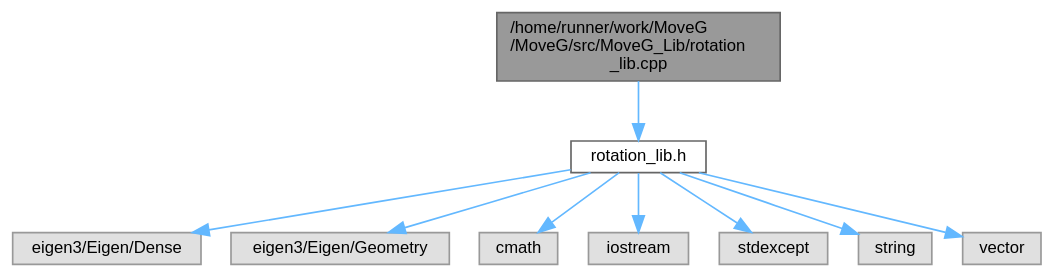
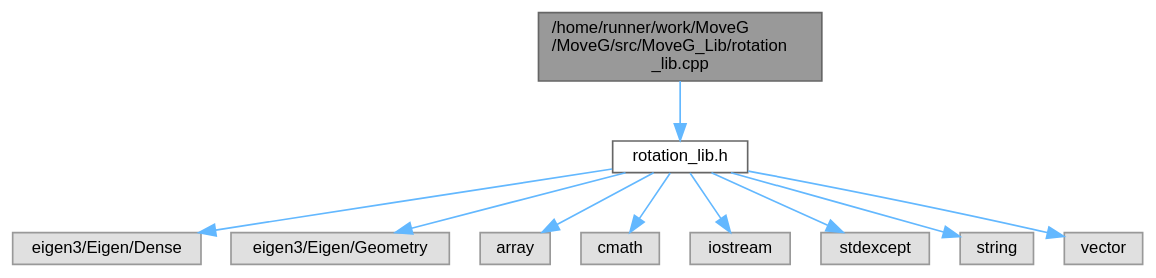
One commit to GiorgioMedico/MoveG changed the diagram in rotation__lib_8cpp__incl.dot. Above: the diagram before and after it, drawn with Graphviz. The commit also changed 35 other files, not shown here.

```diff
--- a/rotation__lib_8cpp__incl.dot
+++ b/rotation__lib_8cpp__incl.dot
@@ -1,24 +1,26 @@
 digraph "/home/runner/work/MoveG/MoveG/src/MoveG_Lib/rotation_lib.cpp"
 {
  // LATEX_PDF_SIZE
   bgcolor="transparent";
   edge [fontname=Helvetica,fontsize=10,labelfontname=Helvetica,labelfontsize=10];
   node [fontname=Helvetica,fontsize=10,shape=box,height=0.2,width=0.4];
   Node1 [id="Node000001",label="/home/runner/work/MoveG\l/MoveG/src/MoveG_Lib/rotation\l_lib.cpp",height=0.2,width=0.4,color="gray40", fillcolor="grey60", style="filled", fontcolor="black",tooltip="Class for representing and manipulating 3D rotations."];
   Node1 -> Node2 [id="edge1_Node000001_Node000002",color="steelblue1",style="solid",tooltip=" "];
   Node2 [id="Node000002",label="rotation_lib.h",height=0.2,width=0.4,color="grey40", fillcolor="white", style="filled",URL="$rotation__lib_8h.html",tooltip="Class for representing and manipulating 3D rotations."];
   Node2 -> Node3 [id="edge2_Node000002_Node000003",color="steelblue1",style="solid",tooltip=" "];
   Node3 [id="Node000003",label="eigen3/Eigen/Dense",height=0.2,width=0.4,color="grey60", fillcolor="#E0E0E0", style="filled",tooltip=" "];
   Node2 -> Node4 [id="edge3_Node000002_Node000004",color="steelblue1",style="solid",tooltip=" "];
   Node4 [id="Node000004",label="eigen3/Eigen/Geometry",height=0.2,width=0.4,color="grey60", fillcolor="#E0E0E0", style="filled",tooltip=" "];
   Node2 -> Node5 [id="edge4_Node000002_Node000005",color="steelblue1",style="solid",tooltip=" "];
-  Node5 [id="Node000005",label="cmath",height=0.2,width=0.4,color="grey60", fillcolor="#E0E0E0", style="filled",tooltip=" "];
+  Node5 [id="Node000005",label="array",height=0.2,width=0.4,color="grey60", fillcolor="#E0E0E0", style="filled",tooltip=" "];
   Node2 -> Node6 [id="edge5_Node000002_Node000006",color="steelblue1",style="solid",tooltip=" "];
-  Node6 [id="Node000006",label="iostream",height=0.2,width=0.4,color="grey60", fillcolor="#E0E0E0", style="filled",tooltip=" "];
+  Node6 [id="Node000006",label="cmath",height=0.2,width=0.4,color="grey60", fillcolor="#E0E0E0", style="filled",tooltip=" "];
   Node2 -> Node7 [id="edge6_Node000002_Node000007",color="steelblue1",style="solid",tooltip=" "];
-  Node7 [id="Node000007",label="stdexcept",height=0.2,width=0.4,color="grey60", fillcolor="#E0E0E0", style="filled",tooltip=" "];
+  Node7 [id="Node000007",label="iostream",height=0.2,width=0.4,color="grey60", fillcolor="#E0E0E0", style="filled",tooltip=" "];
   Node2 -> Node8 [id="edge7_Node000002_Node000008",color="steelblue1",style="solid",tooltip=" "];
-  Node8 [id="Node000008",label="string",height=0.2,width=0.4,color="grey60", fillcolor="#E0E0E0", style="filled",tooltip=" "];
+  Node8 [id="Node000008",label="stdexcept",height=0.2,width=0.4,color="grey60", fillcolor="#E0E0E0", style="filled",tooltip=" "];
   Node2 -> Node9 [id="edge8_Node000002_Node000009",color="steelblue1",style="solid",tooltip=" "];
-  Node9 [id="Node000009",label="vector",height=0.2,width=0.4,color="grey60", fillcolor="#E0E0E0", style="filled",tooltip=" "];
+  Node9 [id="Node000009",label="string",height=0.2,width=0.4,color="grey60", fillcolor="#E0E0E0", style="filled",tooltip=" "];
+  Node2 -> Node10 [id="edge9_Node000002_Node000010",color="steelblue1",style="solid",tooltip=" "];
+  Node10 [id="Node000010",label="vector",height=0.2,width=0.4,color="grey60", fillcolor="#E0E0E0", style="filled",tooltip=" "];
 }
```
